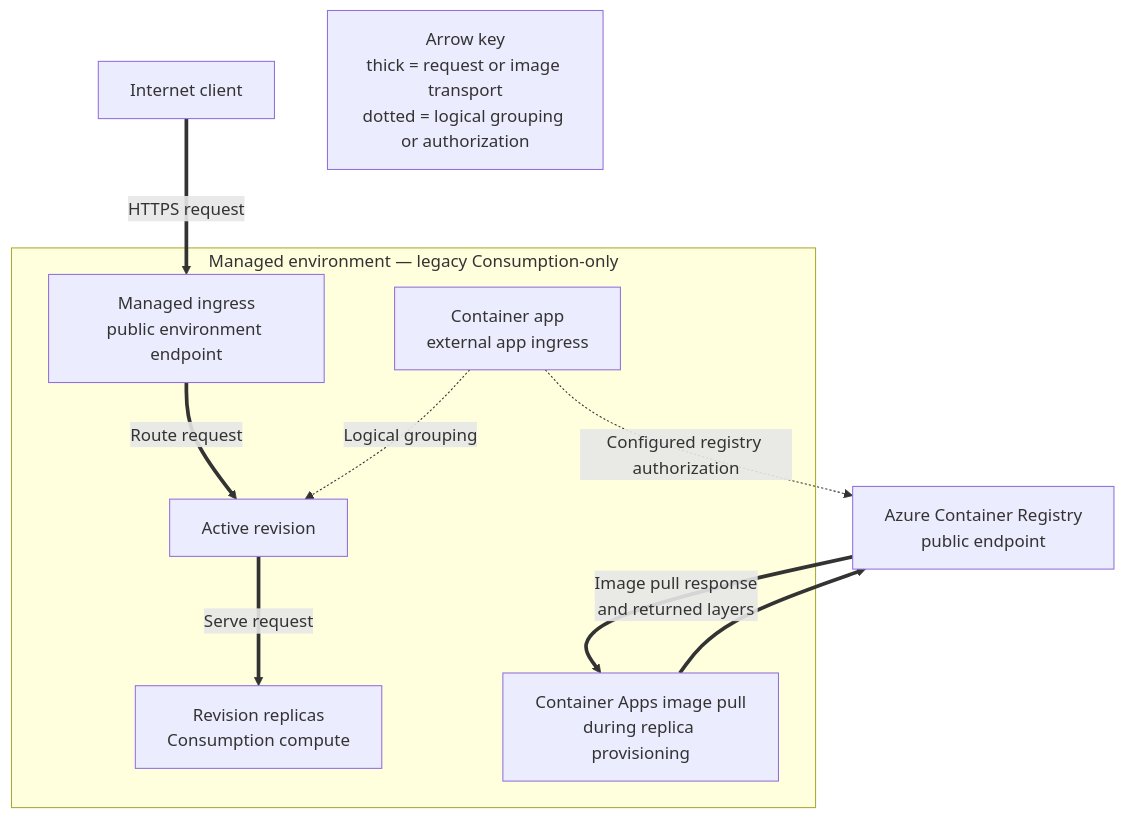
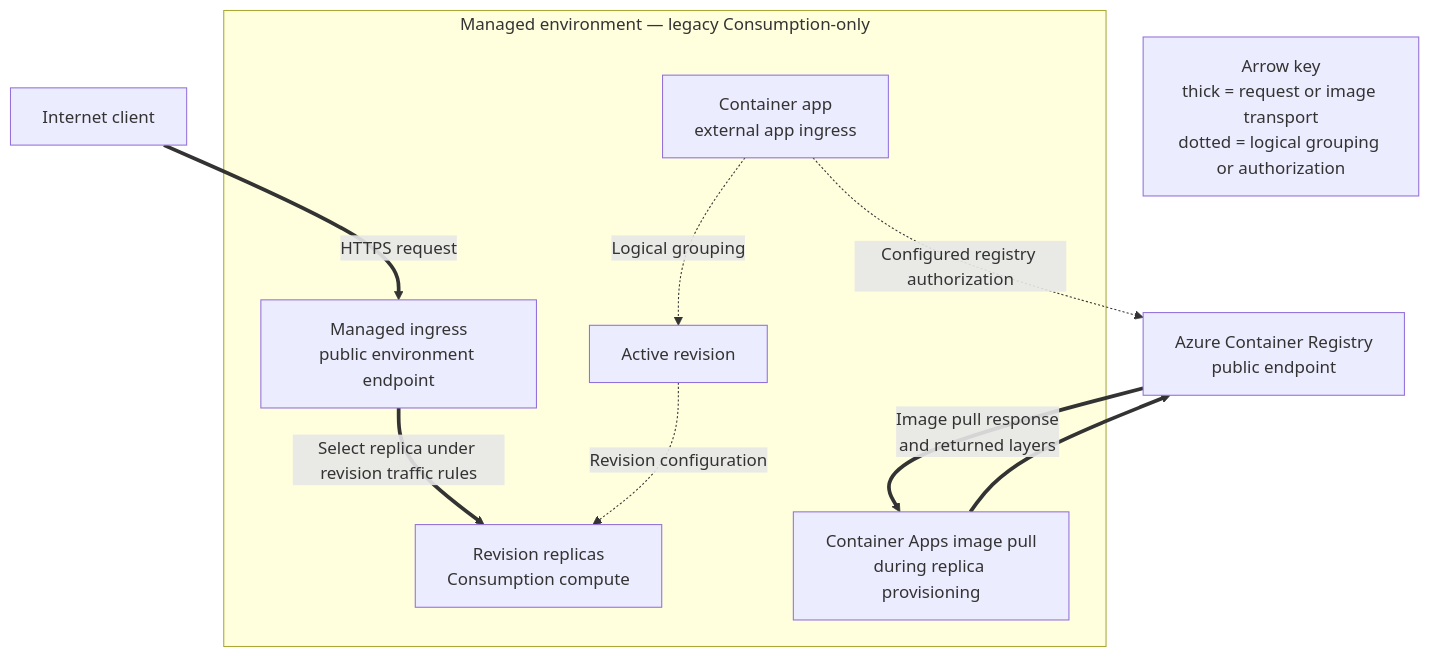
Before and after one commit to yeongseon/azure-container-apps-practical-guide: the second of 4 diagrams in docs/platform/deployment-scenarios.md, drawn with Mermaid. The commit also changed other lines of this file and 7 other files, not shown here.

First line of the commit message:
fix(diagrams): correct request paths and record review of platform and troubleshooting diagrams (#638)

````diff
--- a/docs/platform/deployment-scenarios.md
+++ b/docs/platform/deployment-scenarios.md
@@ -111,26 +111,26 @@
 ```mermaid
 flowchart TD
     accTitle: Public Consumption-only request and image paths
     accDescr: An internet client sends HTTPS through managed ingress to a revision replica in a legacy Consumption-only environment. Separately, the platform pulls the image from the public endpoint of Azure Container Registry using configured registry credentials in this guide example.
 
     CLIENT["Internet client"]
     ACR["Azure Container Registry<br/>public endpoint"]
 
     subgraph ENV["Managed environment — legacy Consumption-only"]
         INGRESS["Managed ingress<br/>public environment endpoint"]
         APP["Container app<br/>external app ingress"]
         REV_ACTIVE["Active revision"]
         REPLICAS["Revision replicas<br/>Consumption compute"]
         IMAGE_PULL["Container Apps image pull<br/>during replica provisioning"]
     end
 
     CLIENT ==>|"HTTPS request"| INGRESS
-    INGRESS ==>|"Route request"| REV_ACTIVE
+    INGRESS ==>|"Select replica under revision traffic rules"| REPLICAS
     APP -.->|"Logical grouping"| REV_ACTIVE
-    REV_ACTIVE ==>|"Serve request"| REPLICAS
+    REV_ACTIVE -.->|"Revision configuration"| REPLICAS
     IMAGE_PULL ==> ACR
     ACR ==>|"Image pull response<br/>and returned layers"| IMAGE_PULL
     APP -.->|"Configured registry authorization"| ACR
 
     LEGEND["Arrow key<br/>thick = request or image transport<br/>dotted = logical grouping or authorization"]
 ```
````
